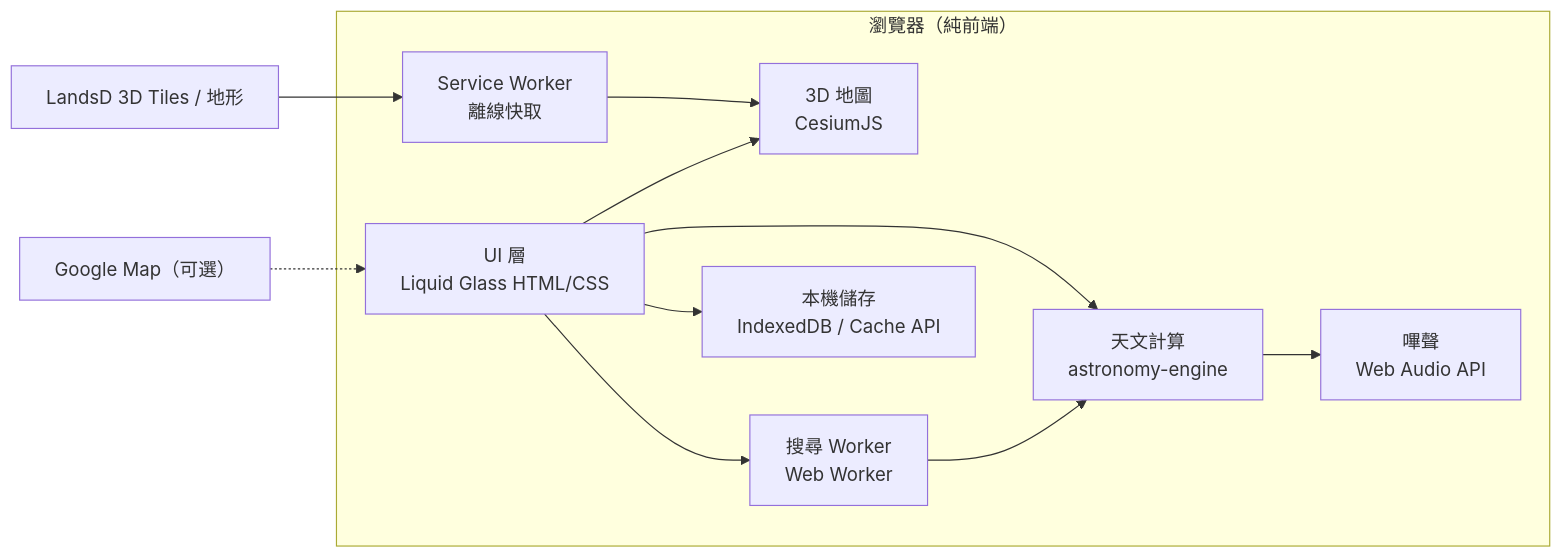
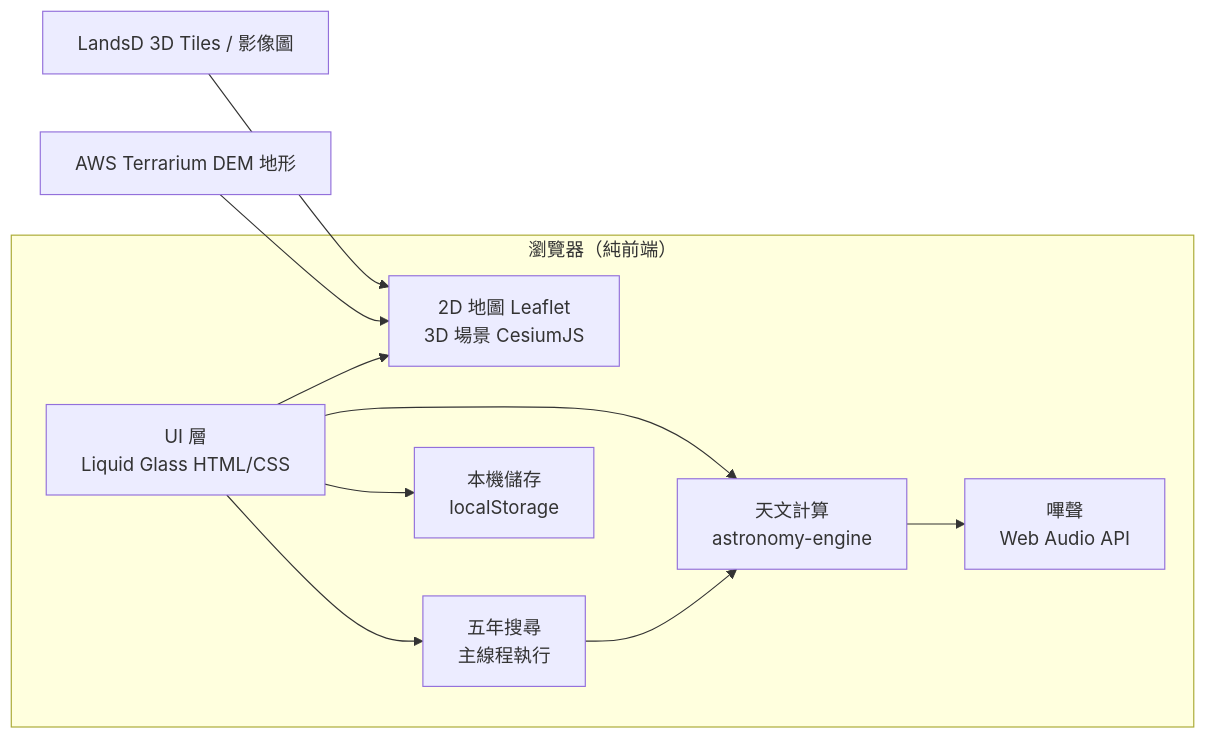
The second of 2 diagrams in README.md (inchinet/sun-moon-trail), drawn with Mermaid before and after one commit. The commit also changed other lines of this file, not shown here.

````diff
--- a/README.md
+++ b/README.md
@@ -100,20 +106,19 @@
 ```mermaid
 flowchart LR
     subgraph Browser["瀏覽器（純前端）"]
         UI["UI 層<br/>Liquid Glass HTML/CSS"]
-        MAP["3D 地圖<br/>CesiumJS"]
+        MAP["2D 地圖 Leaflet<br/>3D 場景 CesiumJS"]
         ASTRO["天文計算<br/>astronomy-engine"]
-        SEARCH["搜尋 Worker<br/>Web Worker"]
+        SEARCH["五年搜尋<br/>主線程執行"]
         AUDIO["嗶聲<br/>Web Audio API"]
-        STORE["本機儲存<br/>IndexedDB / Cache API"]
-        SW["Service Worker<br/>離線快取"]
+        STORE["本機儲存<br/>localStorage"]
     end
-    LANDSD["LandsD 3D Tiles / 地形"] --> SW --> MAP
+    LANDSD["LandsD 3D Tiles / 影像圖"] --> MAP
+    TERRAIN["AWS Terrarium DEM 地形"] --> MAP
     UI --> MAP
     UI --> ASTRO
     UI --> SEARCH
     SEARCH --> ASTRO
     ASTRO --> AUDIO
     UI --> STORE
-    GMAP["Google Map（可選）"] -.-> UI
 ```
````
